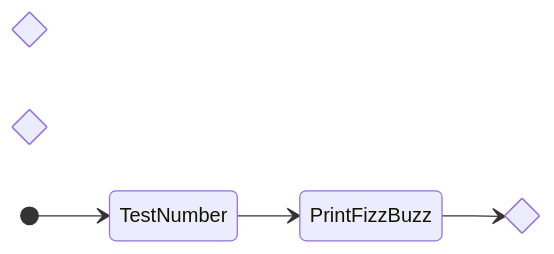
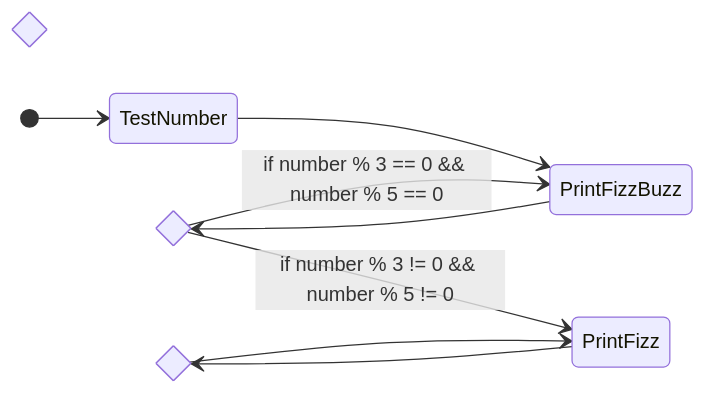
The eighth of 8 diagrams in cookbook/SDLC/Boxes and Arrows/boxes_and_arrows_fun.md (carteras/IT-CBR), drawn with Mermaid before and after one commit.

````diff
--- a/cookbook/SDLC/Boxes and Arrows/boxes_and_arrows_fun.md
+++ b/cookbook/SDLC/Boxes and Arrows/boxes_and_arrows_fun.md
@@ -117,10 +117,14 @@
 ```mermaid
   stateDiagram
     direction LR
     state fizz_state <<choice>>
     state buzz_state <<choice>>
     state fizzbuzz_state <<choice>>
     [*] --> TestNumber
     TestNumber --> PrintFizzBuzz
     PrintFizzBuzz --> fizzbuzz_state
+    fizzbuzz_state --> PrintFizzBuzz: if number % 3 == 0 && number % 5 == 0
+    fizzbuzz_state --> PrintFizz: if number % 3 != 0 && number % 5 != 0
+    PrintFizz --> fizz_state
+    fizz_state --> PrintFizz: 
 ```
````
